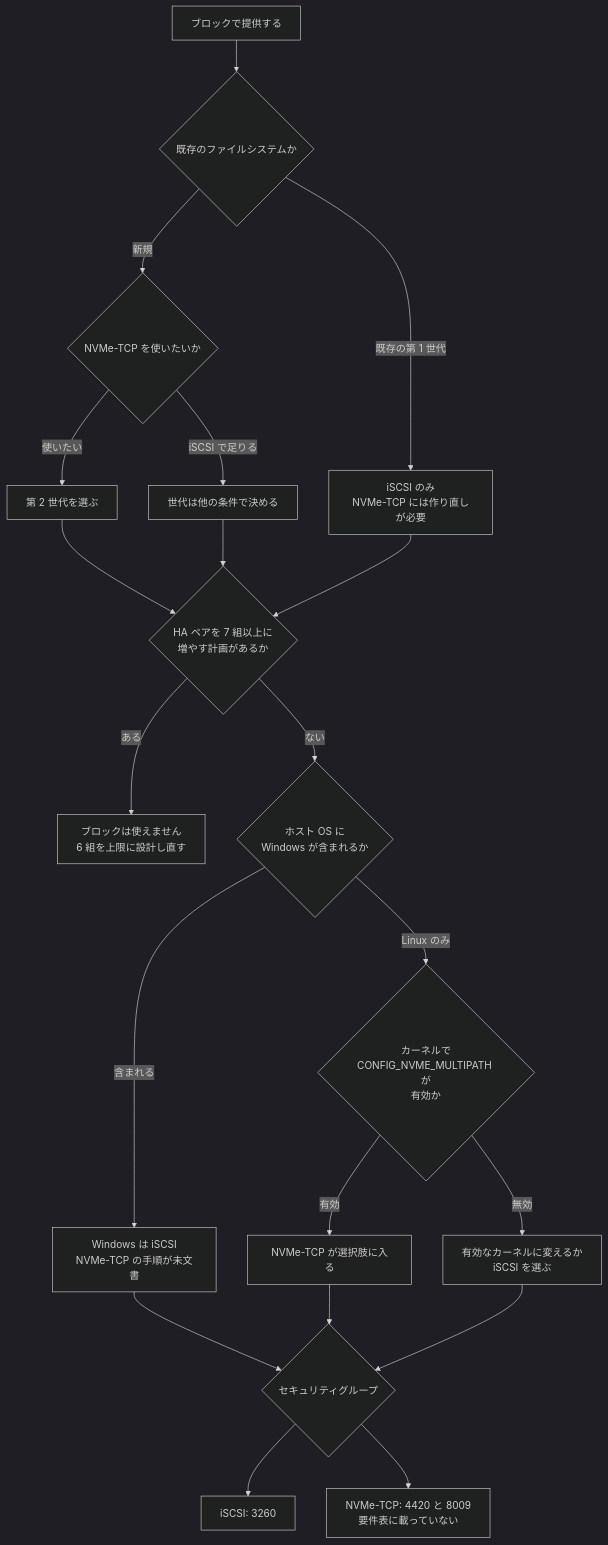
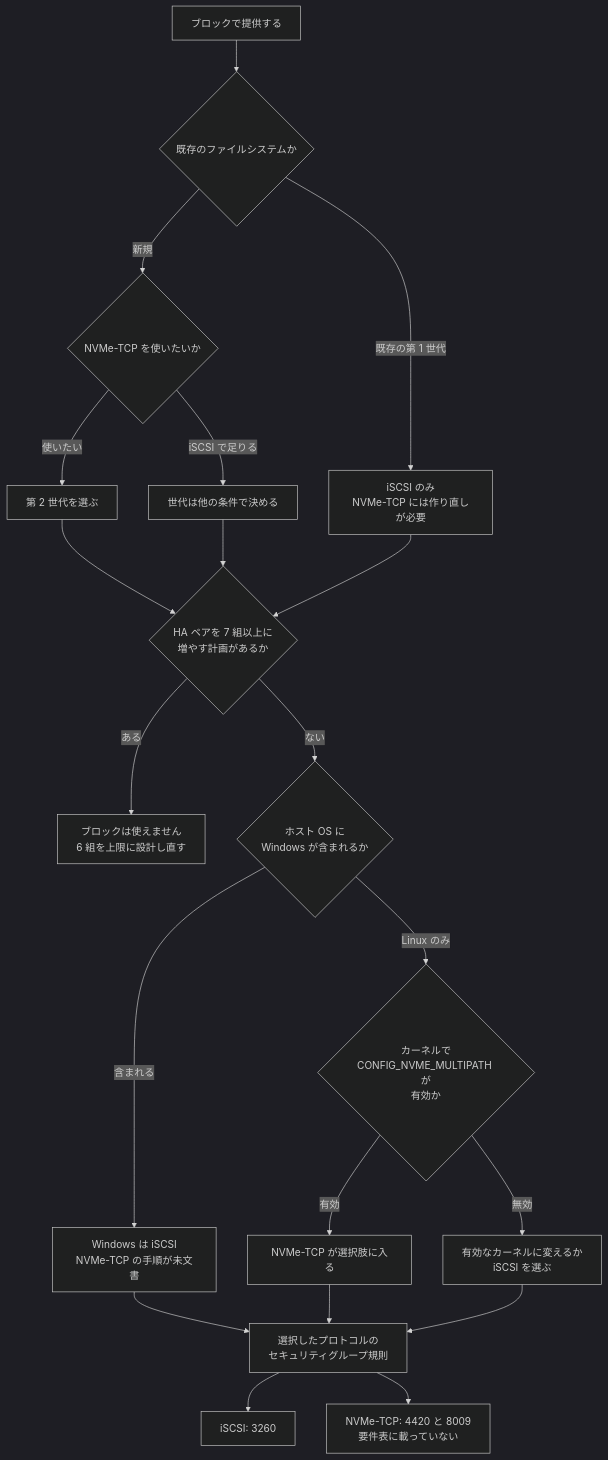
Before and after one commit to Yoshiki0705/FSx-for-ONTAP-Adoption-Playbook: the diagram in docs/ja/domains/block-storage/notes/protocol-choice-is-bounded-before-you-choose.md, drawn with Mermaid (dark theme). The commit also changed other lines of this file and 257 other files, not shown here.

````diff
--- a/docs/ja/domains/block-storage/notes/protocol-choice-is-bounded-before-you-choose.md
+++ b/docs/ja/domains/block-storage/notes/protocol-choice-is-bounded-before-you-choose.md
@@ -188,26 +209,26 @@
 ```mermaid
 graph TD
     S[ブロックで提供する] --> G{既存のファイルシステムか}
     G -->|新規| G2{NVMe-TCP を使いたいか}
     G2 -->|使いたい| SEL2["第 2 世代を選ぶ"]
     G2 -->|iSCSI で足りる| SELANY["世代は他の条件で決める"]
     G -->|既存の第 1 世代| ONLY["iSCSI のみ<br/>NVMe-TCP には作り直しが必要"]
 
     SEL2 --> HA{HA ペアを 7 組以上に<br/>増やす計画があるか}
     SELANY --> HA
     ONLY --> HA
     HA -->|ある| STOP["ブロックは使えません<br/>6 組を上限に設計し直す"]
     HA -->|ない| OS{ホスト OS に<br/>Windows が含まれるか}
 
     OS -->|含まれる| WIN["Windows は iSCSI<br/>NVMe-TCP の手順が未文書"]
     OS -->|Linux のみ| K{カーネルで<br/>CONFIG_NVME_MULTIPATH が<br/>有効か}
     K -->|有効| NVME["NVMe-TCP が選択肢に入る"]
     K -->|無効| K2["有効なカーネルに変えるか<br/>iSCSI を選ぶ"]
 
     WIN --> SG
     NVME --> SG
     K2 --> SG
-    SG{セキュリティグループ}
+    SG[選択したプロトコルの<br/>セキュリティグループ規則]
     SG --> SG1["iSCSI: 3260"]
     SG --> SG2["NVMe-TCP: 4420 と 8009<br/>要件表に載っていない"]
 ```
````
